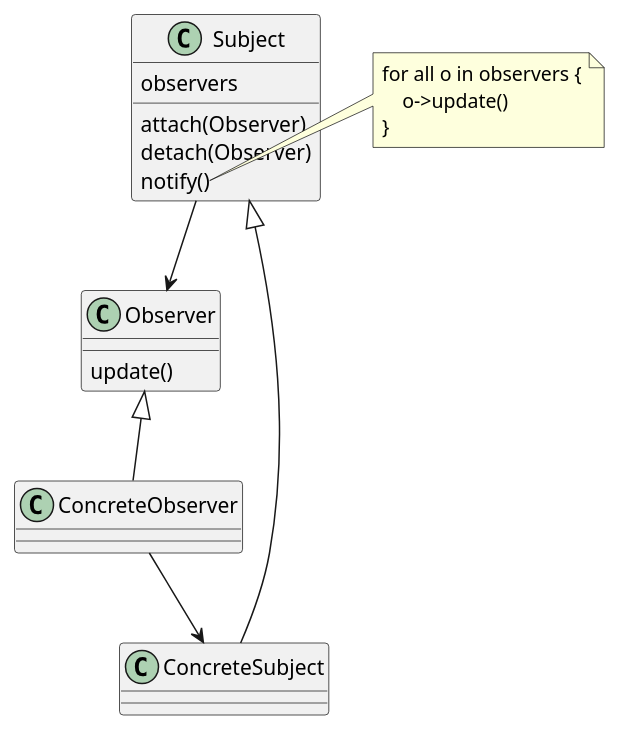
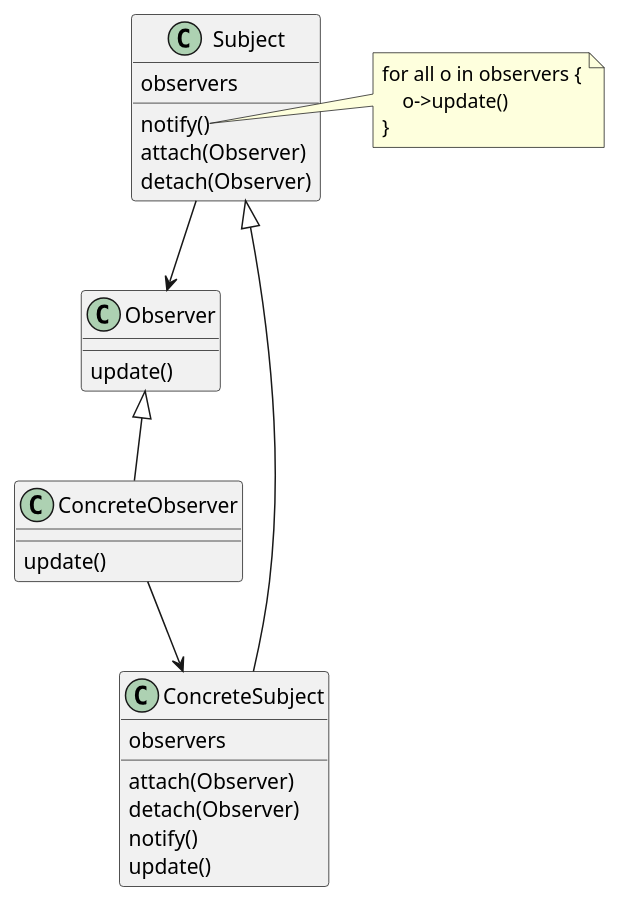
The diagram in Slides/Images/observer_class_diagram.puml (fhirter/Software-Engineering), drawn with PlantUML before and after one commit.

Commit message:
make inheritance explicit

```diff
--- a/Slides/Images/observer_class_diagram.puml
+++ b/Slides/Images/observer_class_diagram.puml
@@ -1,27 +1,39 @@
 @startuml
 class Observer {
     update()
 }
 
 class Subject {
     observers
+    notify()
     attach(Observer)
     detach(Observer)
-    notify()
 
 }
 note right of Subject::notify
     for all o in observers {
         o->update()
     }
 end note
+
+class ConcreteSubject {
+    observers
+    attach(Observer)
+    detach(Observer)
+    notify()
+    update()
+}
+
+class ConcreteObserver {
+    update()
+}
 
 Observer <|-- ConcreteObserver
 
 Subject <|-- ConcreteSubject
 
 Subject --> Observer
 
 ConcreteObserver --> ConcreteSubject
 
 @enduml
```
